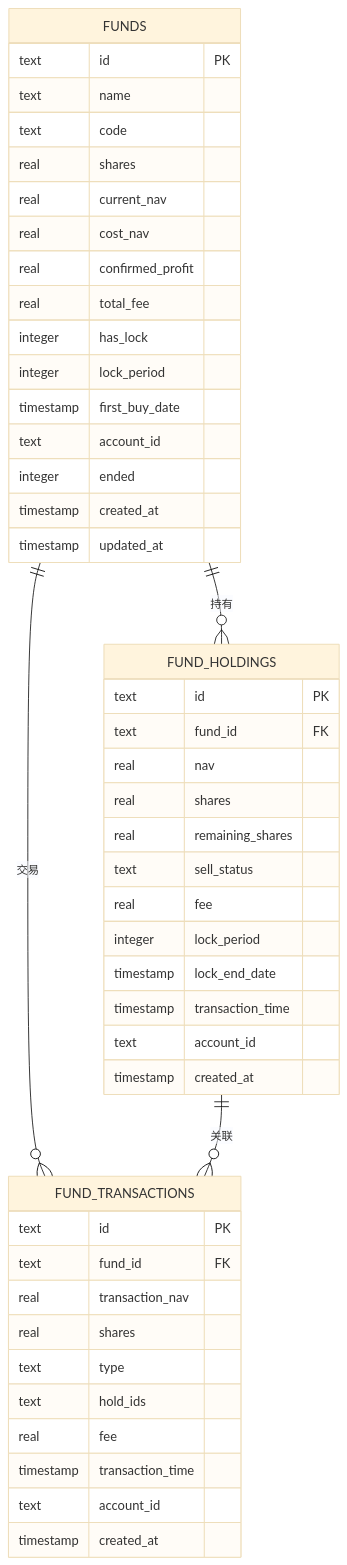
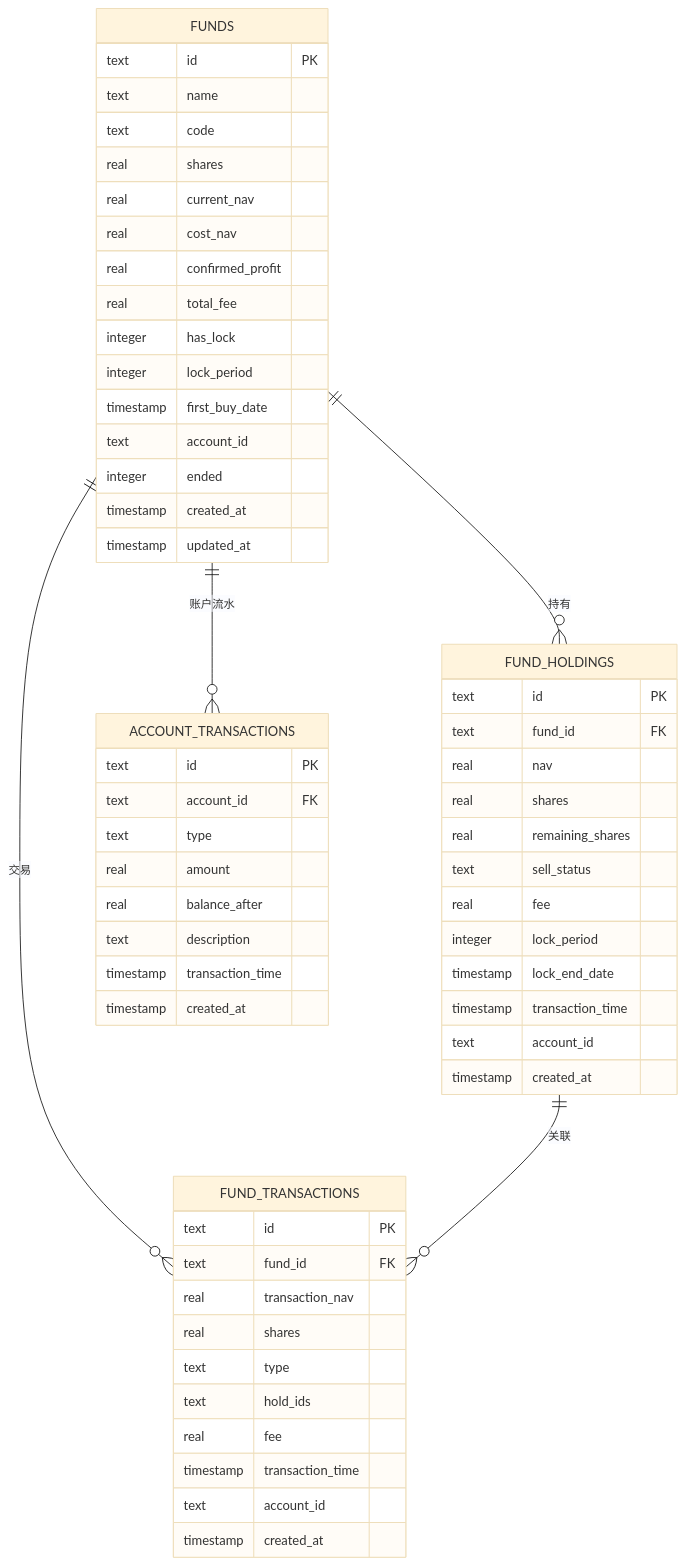
The second of 8 diagrams in .qoder/repowiki/zh/content/资产管理/基金管理.md (xiao-lin-unit/yuan), drawn with Mermaid (base theme) before and after one commit. The commit also changed other lines of this file and 9 other files, not shown here.

````diff
--- a/.qoder/repowiki/zh/content/资产管理/基金管理.md
+++ b/.qoder/repowiki/zh/content/资产管理/基金管理.md
@@ -106,49 +114,60 @@
 ```mermaid
 erDiagram
 FUNDS {
 text id PK
 text name
 text code
 real shares
 real current_nav
 real cost_nav
 real confirmed_profit
 real total_fee
 integer has_lock
 integer lock_period
 timestamp first_buy_date
 text account_id
 integer ended
 timestamp created_at
 timestamp updated_at
 }
 FUND_HOLDINGS {
 text id PK
 text fund_id FK
 real nav
 real shares
 real remaining_shares
 text sell_status
 real fee
 integer lock_period
 timestamp lock_end_date
 timestamp transaction_time
 text account_id
 timestamp created_at
 }
 FUND_TRANSACTIONS {
 text id PK
 text fund_id FK
 real transaction_nav
 real shares
 text type
 text hold_ids
 real fee
 timestamp transaction_time
 text account_id
 timestamp created_at
 }
+ACCOUNT_TRANSACTIONS {
+text id PK
+text account_id FK
+text type
+real amount
+real balance_after
+text description
+timestamp transaction_time
+timestamp created_at
+}
 FUNDS ||--o{ FUND_HOLDINGS : "持有"
 FUNDS ||--o{ FUND_TRANSACTIONS : "交易"
 FUND_HOLDINGS ||--o{ FUND_TRANSACTIONS : "关联"
+FUNDS ||--o{ ACCOUNT_TRANSACTIONS : "账户流水"
 ```
````
